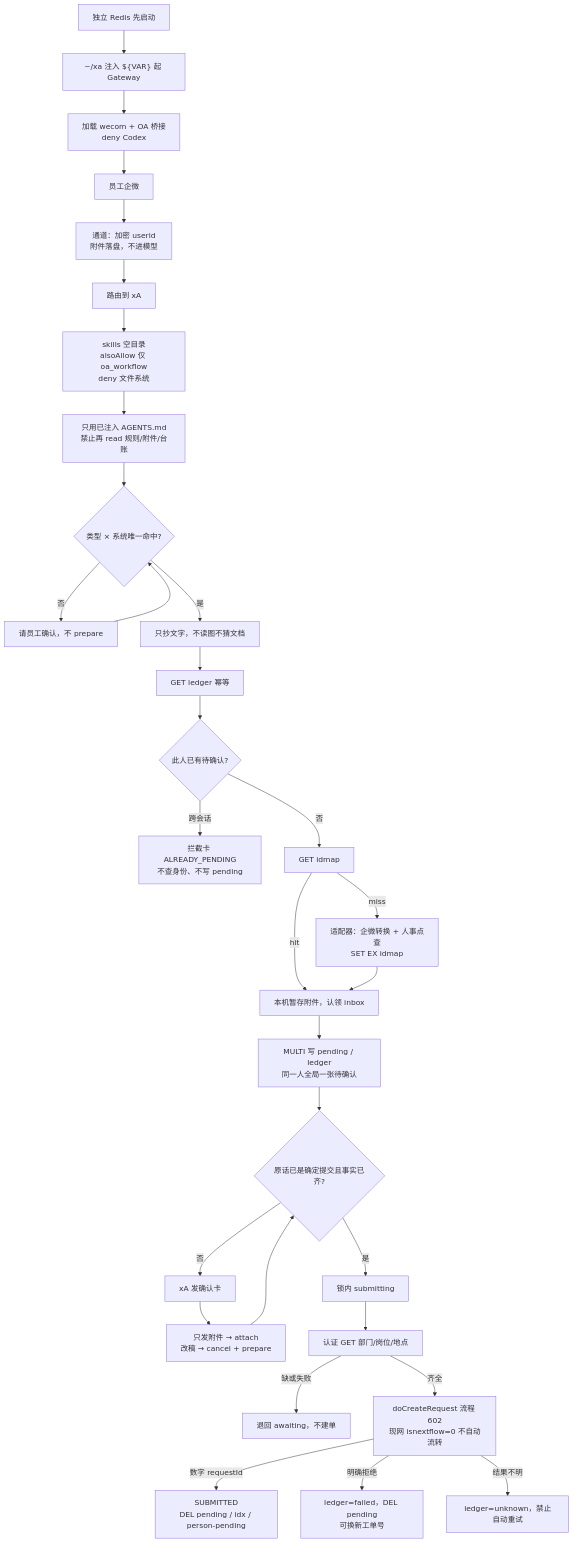
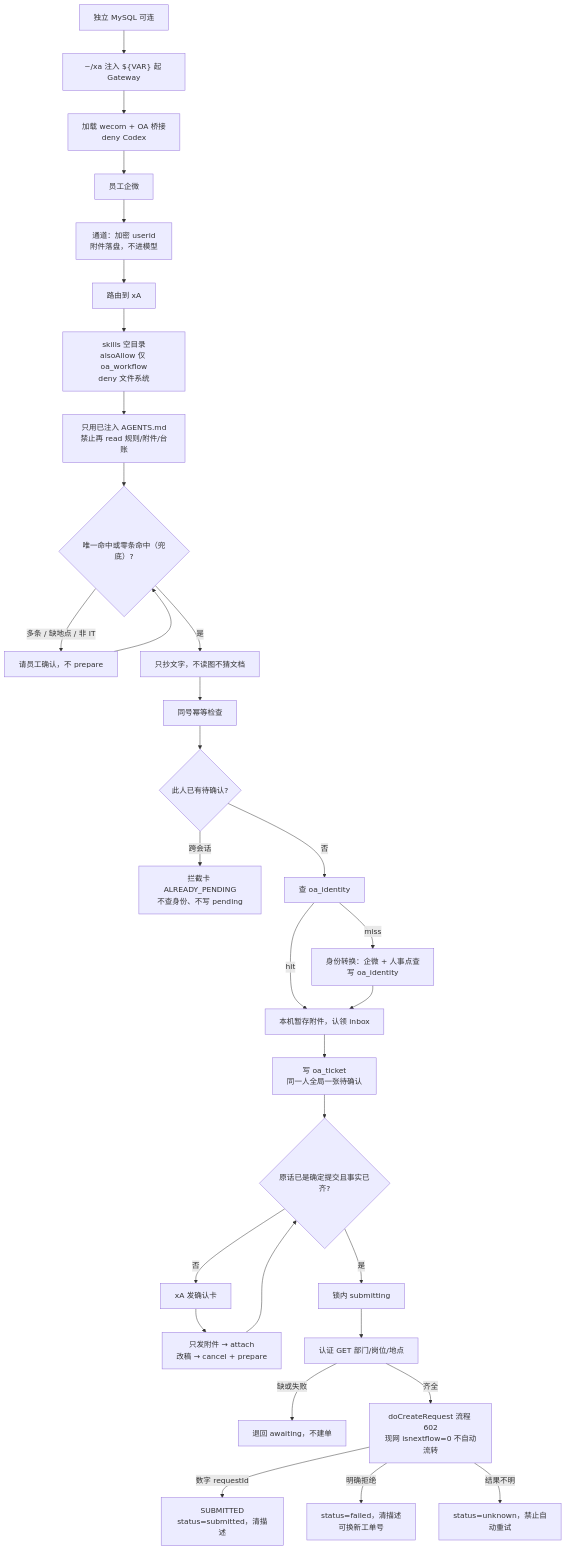
One commit to Createsnow/adt_openclaw changed the second of 2 diagrams in linux/xA 现网加固与演进全景.md. Above: the diagram before and after it, drawn with Mermaid. The commit also changed other lines of this file and 131 other files, not shown here.

First line of the commit message:
重构 OA 桥接：Redis 换为 MySQL，合并身份适配器，未命中兜底运维支持（进行中）

````diff
--- a/linux/xA 现网加固与演进全景.md
+++ b/linux/xA 现网加固与演进全景.md
@@ -258,33 +256,33 @@
 ```mermaid
 flowchart TD
-  D1["独立 Redis 先启动"] --> D2["~/xa 注入 ${VAR} 起 Gateway"]
+  D1["独立 MySQL 可连"] --> D2["~/xa 注入 ${VAR} 起 Gateway"]
   D2 --> D3["加载 wecom + OA 桥接<br/>deny Codex"]
   D3 --> E["员工企微"]
   E --> C["通道：加密 userid<br/>附件落盘，不进模型"]
   C --> G1["路由到 xA"]
   G1 --> G2["skills 空目录<br/>alsoAllow 仅 oa_workflow<br/>deny 文件系统"]
   G2 --> G3["只用已注入 AGENTS.md<br/>禁止再 read 规则/附件/台账"]
-  G3 --> R{"类型 × 系统唯一命中?"}
-  R -->|否| ASK["请员工确认，不 prepare"]
+  G3 --> R{"唯一命中或零条命中（兜底）?"}
+  R -->|多条 / 缺地点 / 非 IT| ASK["请员工确认，不 prepare"]
   ASK --> R
   R -->|是| DRAFT["只抄文字，不读图不猜文档"]
-  DRAFT --> L["GET ledger 幂等"]
+  DRAFT --> L["同号幂等检查"]
   L --> PP{"此人已有待确认?"}
   PP -->|跨会话| BLOCK["拦截卡 ALREADY_PENDING<br/>不查身份、不写 pending"]
-  PP -->|否| ID["GET idmap"]
-  ID -->|miss| AD["适配器：企微转换 + 人事点查<br/>SET EX idmap"]
+  PP -->|否| ID["查 oa_identity"]
+  ID -->|miss| AD["身份转换：企微 + 人事点查<br/>写 oa_identity"]
   ID -->|hit| ST
   AD --> ST["本机暂存附件，认领 inbox"]
-  ST --> P["MULTI 写 pending / ledger<br/>同一人全局一张待确认"]
+  ST --> P["写 oa_ticket<br/>同一人全局一张待确认"]
   P --> Q{"原话已是确定提交且事实已齐?"}
   Q -->|否| CARD["xA 发确认卡"]
   CARD --> ATT["只发附件 → attach<br/>改稿 → cancel + prepare"]
   ATT --> Q
   Q -->|是| LOCK["锁内 submitting"]
   LOCK --> PROF["认证 GET 部门/岗位/地点"]
   PROF -->|缺或失败| BACK["退回 awaiting，不建单"]
   PROF -->|齐全| OA["doCreateRequest 流程 602<br/>现网 isnextflow=0 不自动流转"]
-  OA -->|数字 requestId| OK["SUBMITTED<br/>DEL pending / idx / person-pending"]
-  OA -->|明确拒绝| FAIL["ledger=failed，DEL pending<br/>可换新工单号"]
-  OA -->|结果不明| UNK["ledger=unknown，禁止自动重试"]
+  OA -->|数字 requestId| OK["SUBMITTED<br/>status=submitted，清描述"]
+  OA -->|明确拒绝| FAIL["status=failed，清描述<br/>可换新工单号"]
+  OA -->|结果不明| UNK["status=unknown，禁止自动重试"]
 ```
````
